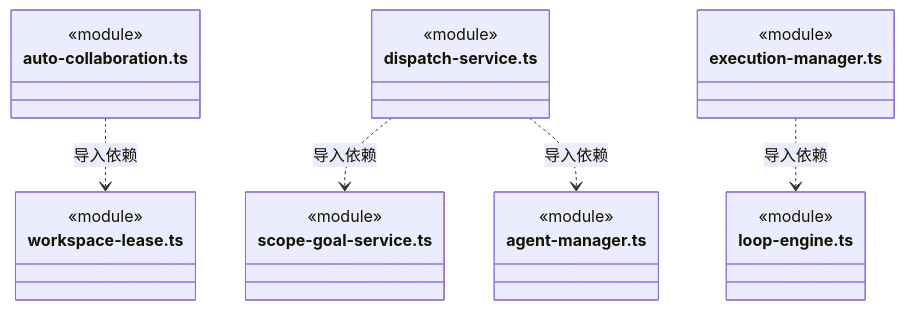
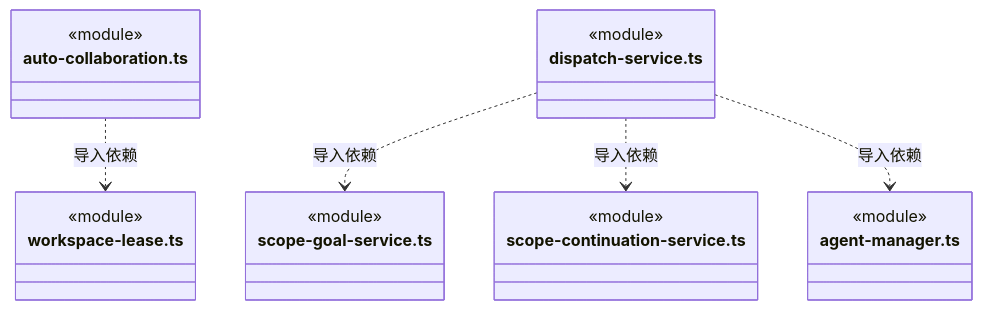
Before and after one commit to nan023062/cbim: diagram 25 of 29 in src/backend/scheduler-engine/execution/ARCHITECTURE.md, drawn with Mermaid. The commit also changed other lines of this file and 60 other files, not shown here.

````diff
--- a/src/backend/scheduler-engine/execution/ARCHITECTURE.md
+++ b/src/backend/scheduler-engine/execution/ARCHITECTURE.md
@@ -642,28 +685,25 @@
 ```mermaid
 classDiagram
 class N_src_backend_scheduler_engine_execution_auto_collaboration_ts["auto-collaboration.ts"] {
   <<module>>
 }
 class N_src_backend_scheduler_engine_execution_workspace_lease_ts["workspace-lease.ts"] {
   <<module>>
 }
 class N_src_backend_scheduler_engine_execution_dispatch_service_ts["dispatch-service.ts"] {
   <<module>>
 }
 class N_src_backend_scheduler_engine_execution_scope_goal_service_ts["scope-goal-service.ts"] {
   <<module>>
 }
-class N_src_backend_scheduler_engine_execution_agent_manager_ts["agent-manager.ts"] {
+class N_src_backend_scheduler_engine_execution_scope_continuation_service_ts["scope-continuation-service.ts"] {
   <<module>>
 }
-class N_src_backend_scheduler_engine_execution_execution_manager_ts["execution-manager.ts"] {
-  <<module>>
-}
-class N_src_backend_scheduler_engine_execution_loop_engine_ts["loop-engine.ts"] {
+class N_src_backend_scheduler_engine_execution_agent_manager_ts["agent-manager.ts"] {
   <<module>>
 }
 N_src_backend_scheduler_engine_execution_auto_collaboration_ts ..> N_src_backend_scheduler_engine_execution_workspace_lease_ts : 导入依赖
 N_src_backend_scheduler_engine_execution_dispatch_service_ts ..> N_src_backend_scheduler_engine_execution_scope_goal_service_ts : 导入依赖
+N_src_backend_scheduler_engine_execution_dispatch_service_ts ..> N_src_backend_scheduler_engine_execution_scope_continuation_service_ts : 导入依赖
 N_src_backend_scheduler_engine_execution_dispatch_service_ts ..> N_src_backend_scheduler_engine_execution_agent_manager_ts : 导入依赖
-N_src_backend_scheduler_engine_execution_execution_manager_ts ..> N_src_backend_scheduler_engine_execution_loop_engine_ts : 导入依赖
 ```
````
